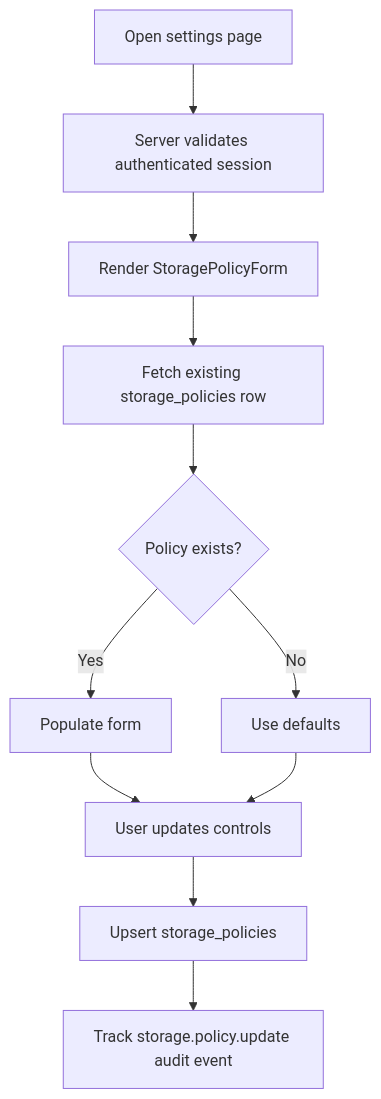
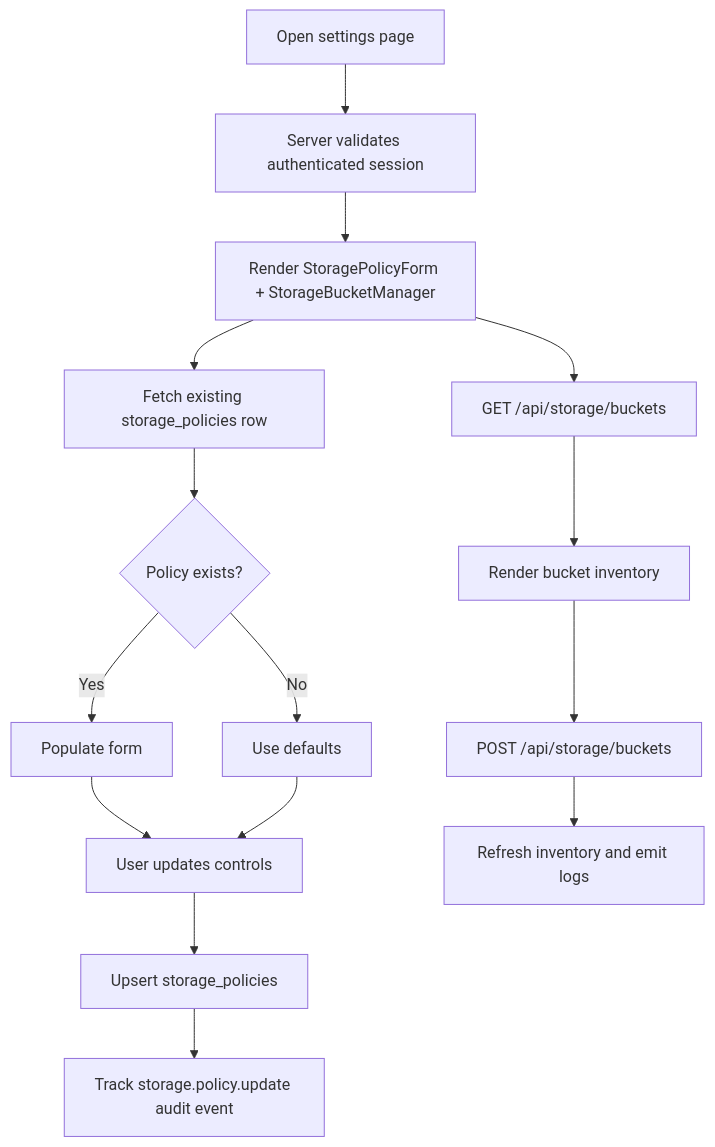
The diagram in app/components/settings/README.md (AmanVatsSharma/AiCloudStorage), drawn with Mermaid before and after one commit. The commit also changed other lines of this file and 14 other files, not shown here.

Commit message:
Add storage bucket management API and settings UI

````diff
--- a/app/components/settings/README.md
+++ b/app/components/settings/README.md
@@ -22,13 +27,17 @@
 ```mermaid
 flowchart TD
   A[Open settings page] --> B[Server validates authenticated session]
-  B --> C[Render StoragePolicyForm]
+  B --> C[Render StoragePolicyForm + StorageBucketManager]
   C --> D[Fetch existing storage_policies row]
   D --> E{Policy exists?}
   E -->|Yes| F[Populate form]
   E -->|No| G[Use defaults]
   F --> H[User updates controls]
   G --> H
   H --> I[Upsert storage_policies]
   I --> J[Track storage.policy.update audit event]
+  C --> K[GET /api/storage/buckets]
+  K --> L[Render bucket inventory]
+  L --> M[POST /api/storage/buckets]
+  M --> N[Refresh inventory and emit logs]
 ```
````
